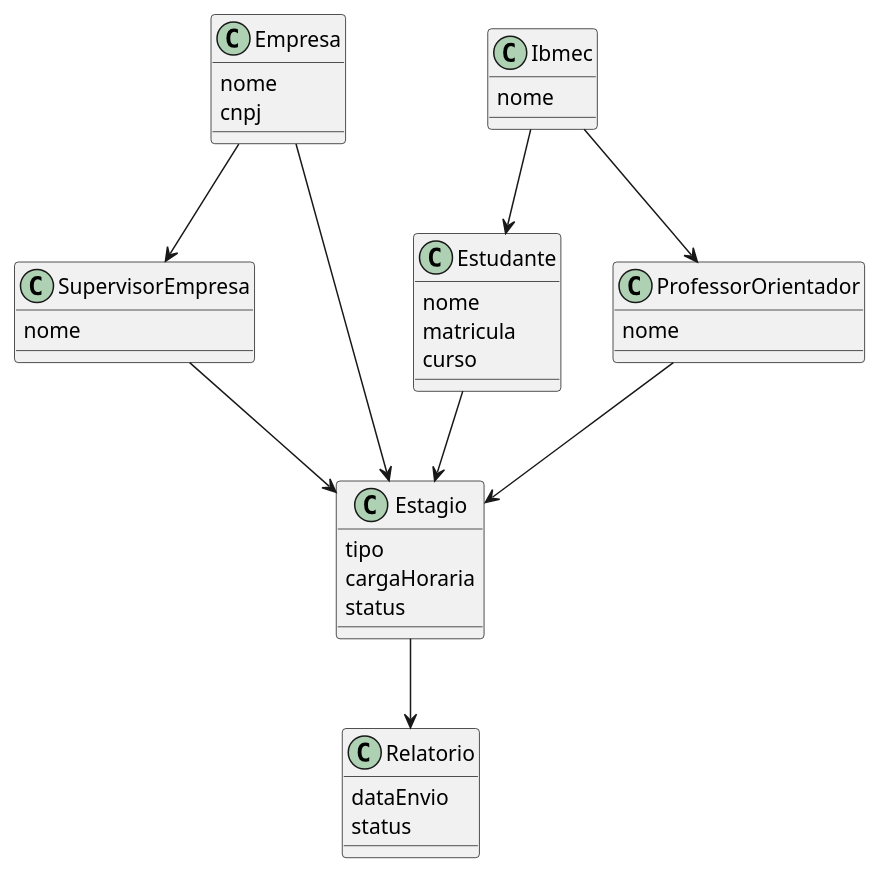
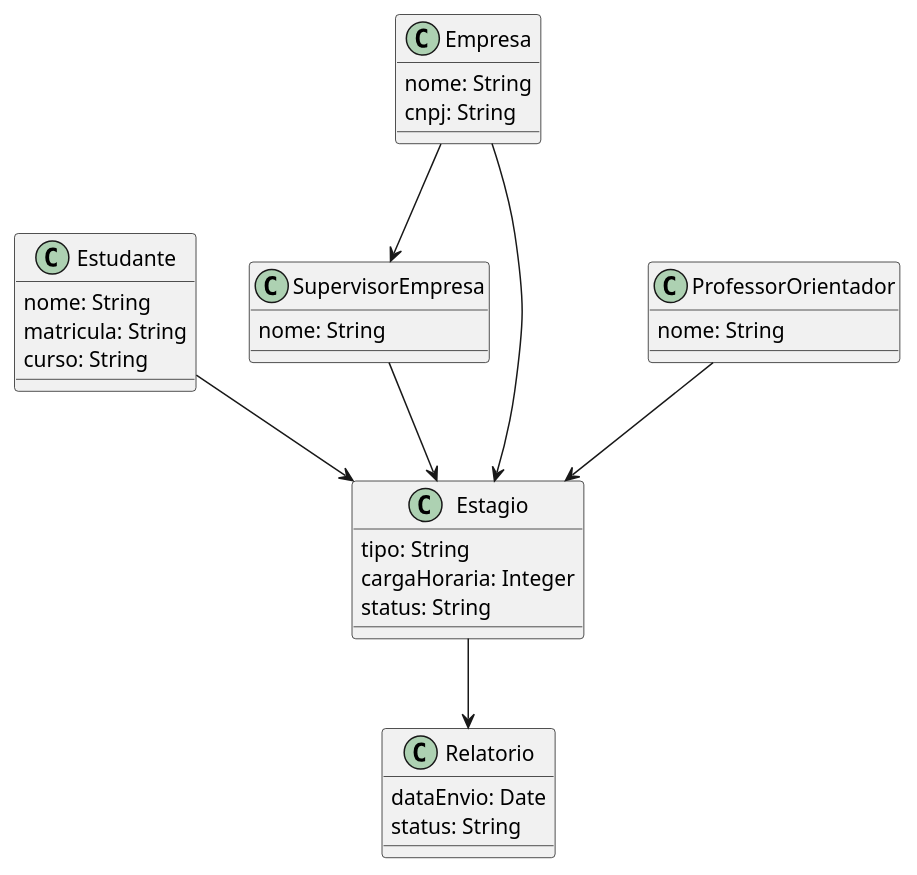
One commit to Projetos-de-Extensao/PBE_26.1_8001_VI changed the diagram in docs/Elaboracao/diagrama_de_classes.md. Above: the diagram before and after it, drawn with PlantUML. The commit also changed other lines of this file and 1 other file, not shown here.

Commit message:
update diagrama de classes, criacao de classes e construtores no models.py

````diff
--- a/docs/Elaboracao/diagrama_de_classes.md
+++ b/docs/Elaboracao/diagrama_de_classes.md
@@ -1,49 +1,43 @@
 ```plantuml
 @startuml
 class Estudante {
-  nome
-  matricula
-  curso
-}
-
-class Ibmec {
-  nome
+  nome: String
+  matricula: String
+  curso: String
 }
 
 class Empresa {
-  nome
-  cnpj
+  nome: String
+  cnpj: String
 }
 
 class ProfessorOrientador {
-  nome
+  nome: String
 }
 
 class SupervisorEmpresa {
-  nome
+  nome: String
 }
 
 class Estagio {
-  tipo
-  cargaHoraria
-  status
+  tipo: String
+  cargaHoraria: Integer
+  status: String
 }
 
 class Relatorio {
-  dataEnvio
-  status
+  dataEnvio: Date
+  status: String
 }
 
-Ibmec --> Estudante
-Ibmec --> ProfessorOrientador
 
 Empresa --> SupervisorEmpresa
 Empresa --> Estagio
 
 Estudante --> Estagio
 ProfessorOrientador --> Estagio
 SupervisorEmpresa --> Estagio
 
 Estagio --> Relatorio
 @enduml
 ```
````
